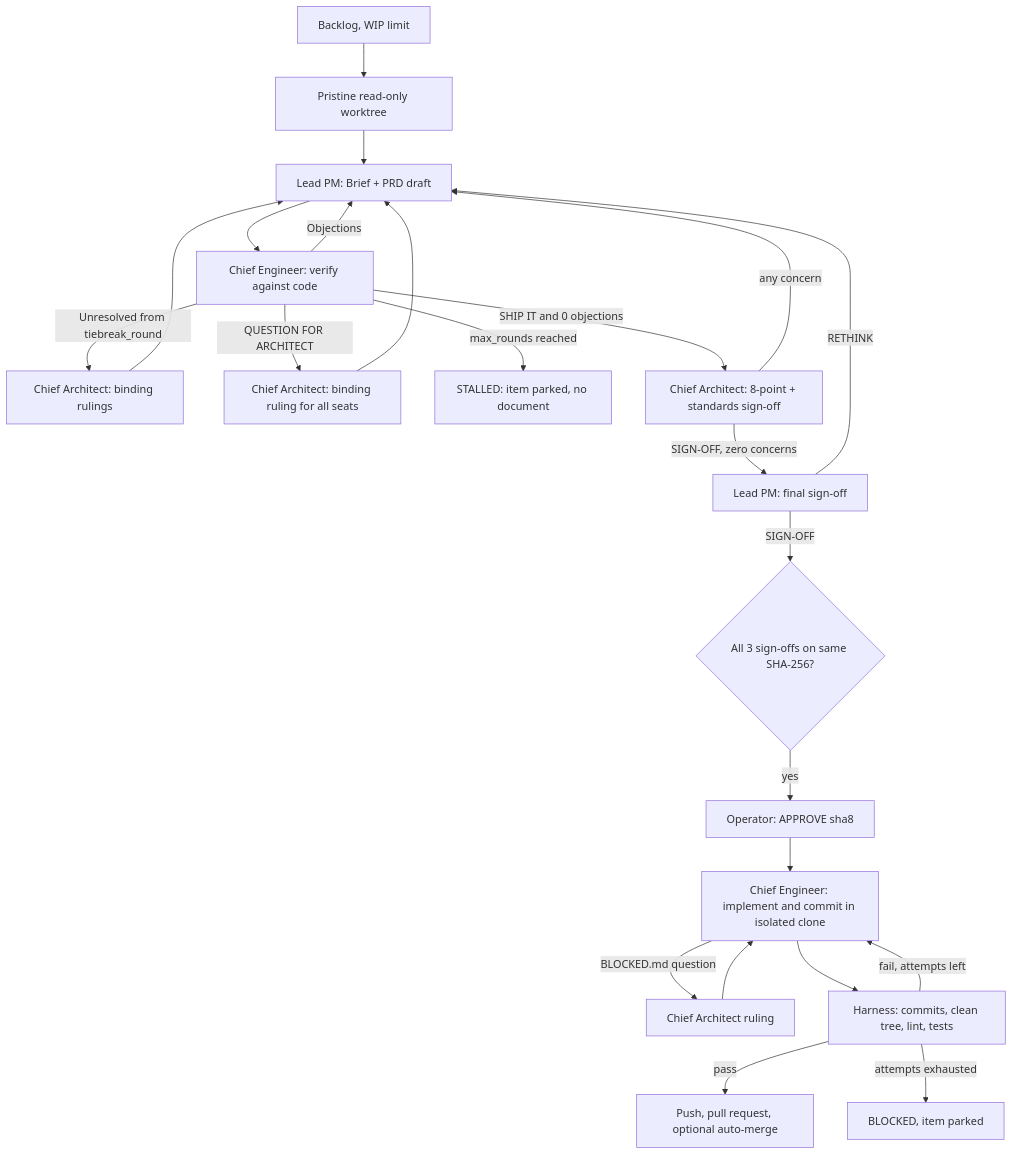
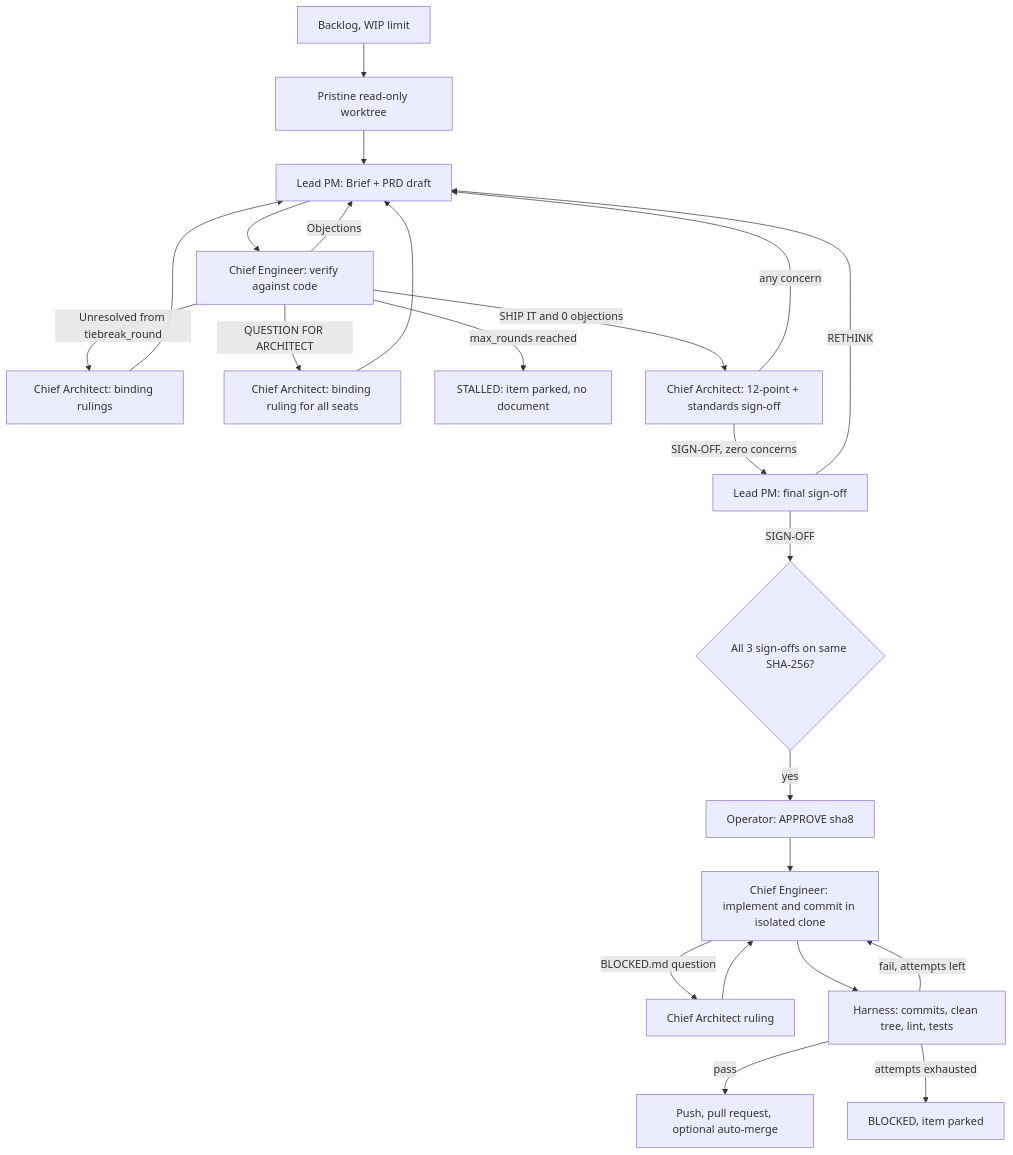
The diagram in README.md (goshtasb/OpenCouncil), drawn with Mermaid before and after one commit. The commit also changed other lines of this file and 13 other files, not shown here.

````diff
--- a/README.md
+++ b/README.md
@@ -136,24 +137,24 @@
 ```mermaid
 flowchart TD
     Backlog[Backlog, WIP limit] --> Open[Pristine read-only worktree]
     Open --> PM[Lead PM: Brief + PRD draft]
     PM --> Eng[Chief Engineer: verify against code]
     Eng -->|Objections| PM
     Eng -->|Unresolved from tiebreak_round| Tiebreak[Chief Architect: binding rulings]
     Tiebreak --> PM
     Eng -->|QUESTION FOR ARCHITECT| Rule[Chief Architect: binding ruling for all seats]
     Rule --> PM
     Eng -->|max_rounds reached| Stall[STALLED: item parked, no document]
-    Eng -->|SHIP IT and 0 objections| Arch[Chief Architect: 8-point + standards sign-off]
+    Eng -->|SHIP IT and 0 objections| Arch[Chief Architect: 12-point + standards sign-off]
     Arch -->|any concern| PM
     Arch -->|SIGN-OFF, zero concerns| Lead[Lead PM: final sign-off]
     Lead -->|RETHINK| PM
     Lead -->|SIGN-OFF| Gate{All 3 sign-offs on same SHA-256?}
     Gate -->|yes| Operator[Operator: APPROVE sha8]
     Operator --> Exec[Chief Engineer: implement and commit in isolated clone]
     Exec -->|BLOCKED.md question| Rule2[Chief Architect ruling] --> Exec
     Exec --> Verify[Harness: commits, clean tree, lint, tests]
     Verify -->|fail, attempts left| Exec
     Verify -->|pass| PR[Push, pull request, optional auto-merge]
     Verify -->|attempts exhausted| Blocked[BLOCKED, item parked]
 ```
````
